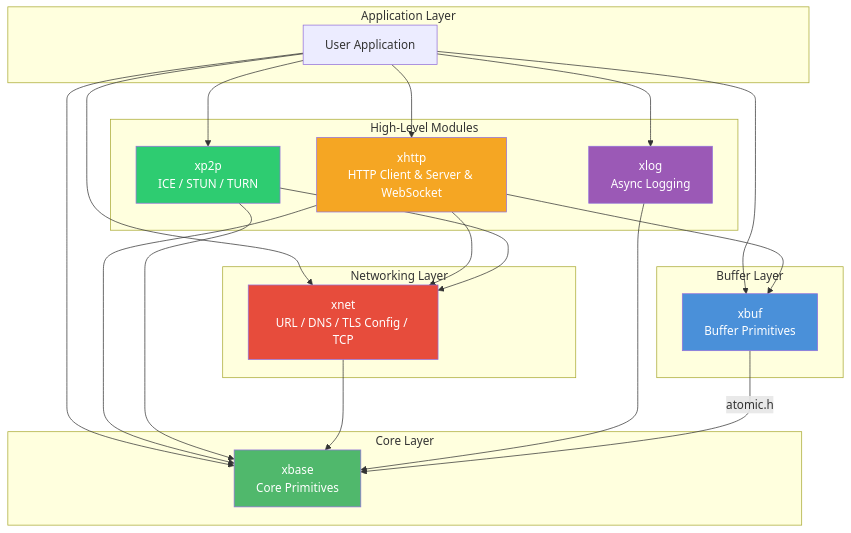
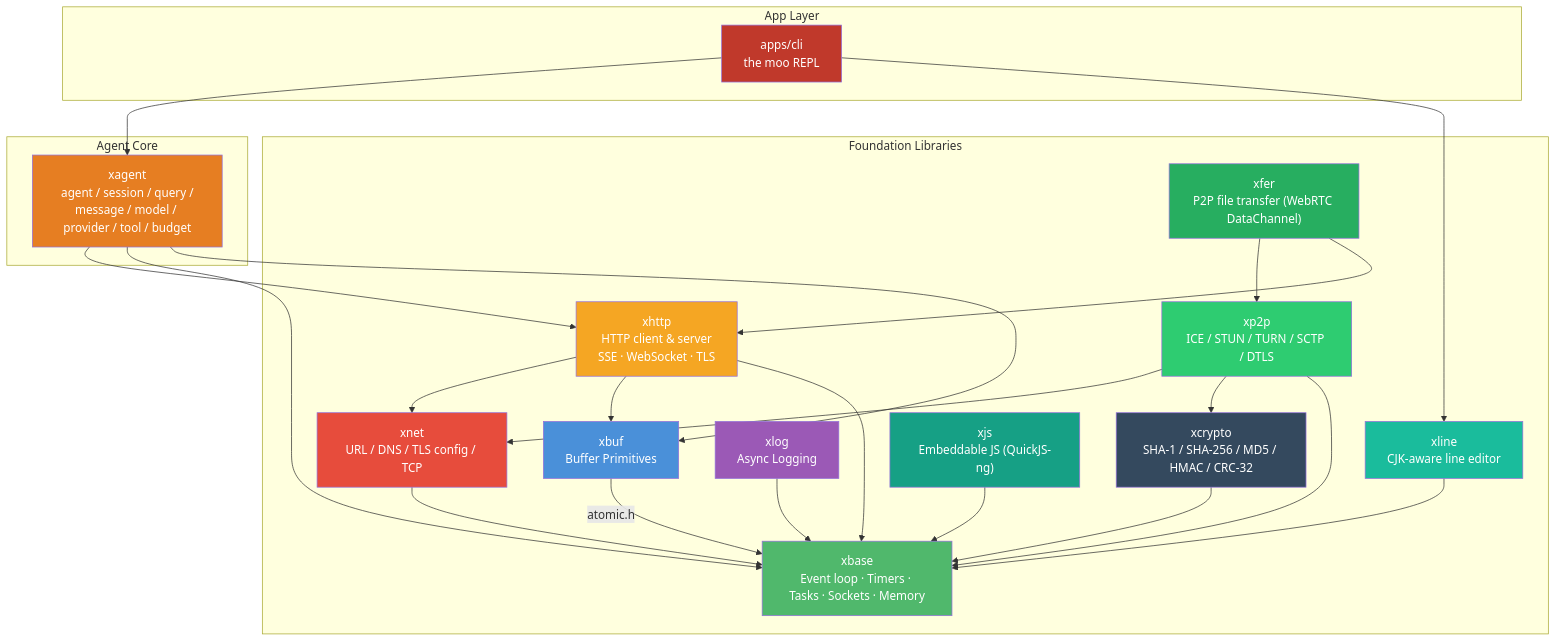
The first of 2 diagrams in docs/README.md (mivinci/DownloadKit), drawn with Mermaid before and after one commit. The commit also changed other lines of this file and 27 other files, not shown here.

First line of the commit message:
Rebrand to moo and polish CLI startup

````diff
--- a/docs/README.md
+++ b/docs/README.md
@@ -10,46 +12,56 @@
 ```mermaid
 graph TD
-    subgraph "Application Layer"
-        APP["User Application"]
+    subgraph "App Layer"
+        APP["apps/cli<br/>the moo REPL"]
     end
 
-    subgraph "High-Level Modules"
-        XHTTP["xhttp<br/>HTTP Client &amp; Server &amp; WebSocket"]
-        XLOG["xlog<br/>Async Logging"]
-        XP2P["xp2p<br/>ICE / STUN / TURN"]
+    subgraph "Agent Core"
+        XAGENT["xagent<br/>agent / session / query /<br/>message / model / provider / tool / budget"]
     end
 
-    subgraph "Networking Layer"
-        XNET["xnet<br/>URL / DNS / TLS Config / TCP"]
+    subgraph "Foundation Libraries"
+        XHTTP["xhttp<br/>HTTP client & server<br/>SSE · WebSocket · TLS"]
+        XNET["xnet<br/>URL / DNS / TLS config / TCP"]
+        XBUF["xbuf<br/>Buffer Primitives"]
+        XLINE["xline<br/>CJK-aware line editor"]
+        XLOG["xlog<br/>Async Logging"]
+        XCRYPTO["xcrypto<br/>SHA-1 / SHA-256 / MD5 / HMAC / CRC-32"]
+        XJS["xjs<br/>Embeddable JS (QuickJS-ng)"]
+        XP2P["xp2p<br/>ICE / STUN / TURN / SCTP / DTLS"]
+        XFER["xfer<br/>P2P file transfer (WebRTC DataChannel)"]
+        XBASE["xbase<br/>Event loop · Timers · Tasks · Sockets · Memory"]
     end
 
-    subgraph "Buffer Layer"
-        XBUF["xbuf<br/>Buffer Primitives"]
-    end
-
-    subgraph "Core Layer"
-        XBASE["xbase<br/>Core Primitives"]
-    end
-
-    APP --> XHTTP
-    APP --> XLOG
-    APP --> XP2P
-    APP --> XNET
-    APP --> XBUF
-    APP --> XBASE
+    APP --> XAGENT
+    APP --> XLINE
+    XAGENT --> XHTTP
+    XAGENT --> XBASE
+    XAGENT --> XBUF
     XHTTP --> XNET
+    XHTTP --> XBUF
     XHTTP --> XBASE
-    XHTTP --> XBUF
+    XNET --> XBASE
+    XLINE --> XBASE
+    XLOG --> XBASE
+    XCRYPTO --> XBASE
+    XJS --> XBASE
     XP2P --> XNET
+    XP2P --> XCRYPTO
     XP2P --> XBASE
-    XNET --> XBASE
-    XLOG --> XBASE
+    XFER --> XP2P
+    XFER --> XHTTP
     XBUF -->|"atomic.h"| XBASE
 
+    style XAGENT fill:#e67e22,color:#fff
+    style APP fill:#c0392b,color:#fff
     style XBASE fill:#50b86c,color:#fff
     style XBUF fill:#4a90d9,color:#fff
     style XNET fill:#e74c3c,color:#fff
     style XHTTP fill:#f5a623,color:#fff
+    style XLINE fill:#1abc9c,color:#fff
     style XLOG fill:#9b59b6,color:#fff
+    style XCRYPTO fill:#34495e,color:#fff
+    style XJS fill:#16a085,color:#fff
     style XP2P fill:#2ecc71,color:#fff
+    style XFER fill:#27ae60,color:#fff
 ```
````
